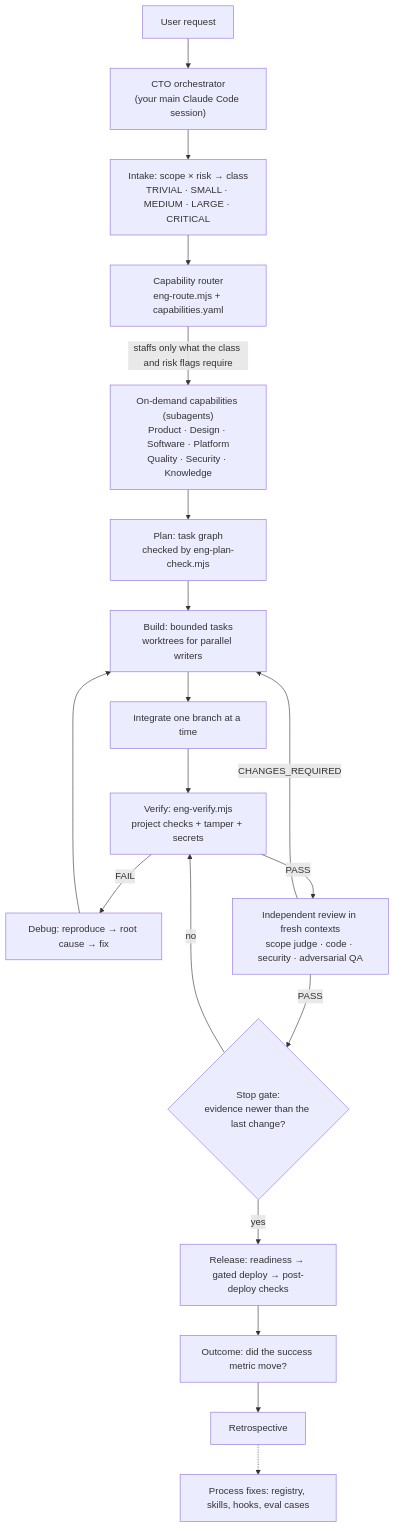
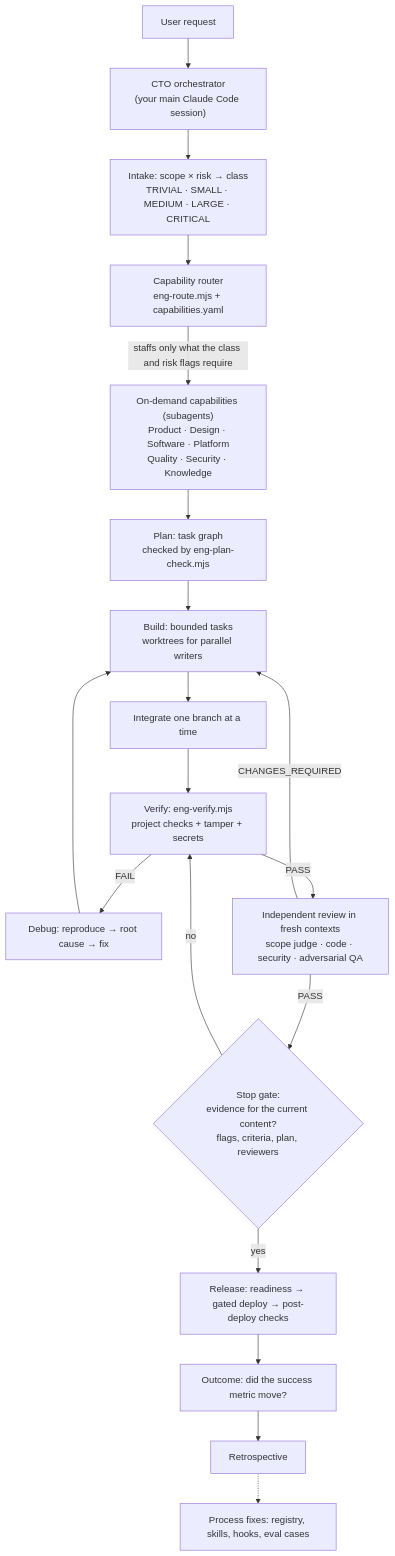
Before and after one commit to shxamill/engineers: the first of 2 diagrams in README.md, drawn with Mermaid. The commit also changed other lines of this file and 55 other files, not shown here.

````diff
--- a/README.md
+++ b/README.md
@@ -82,21 +82,21 @@
 ```mermaid
 flowchart TD
     U["User request"] --> CTO["CTO orchestrator<br/>(your main Claude Code session)"]
     CTO --> CLASSIFY["Intake: scope × risk → class<br/>TRIVIAL · SMALL · MEDIUM · LARGE · CRITICAL"]
     CLASSIFY --> ROUTER["Capability router<br/>eng-route.mjs + capabilities.yaml"]
     ROUTER -->|"staffs only what the class and risk flags require"| CAPS["On-demand capabilities (subagents)<br/>Product · Design · Software · Platform<br/>Quality · Security · Knowledge"]
     CAPS --> PLAN["Plan: task graph<br/>checked by eng-plan-check.mjs"]
     PLAN --> BUILD["Build: bounded tasks<br/>worktrees for parallel writers"]
     BUILD --> INTEGRATE["Integrate one branch at a time"]
     INTEGRATE --> VERIFY["Verify: eng-verify.mjs<br/>project checks + tamper + secrets"]
     VERIFY -->|"FAIL"| DEBUG["Debug: reproduce → root cause → fix"]
     DEBUG --> BUILD
     VERIFY -->|"PASS"| REVIEW["Independent review in fresh contexts<br/>scope judge · code · security · adversarial QA"]
     REVIEW -->|"CHANGES_REQUIRED"| BUILD
-    REVIEW -->|"PASS"| GATE{"Stop gate:<br/>evidence newer than the last change?"}
+    REVIEW -->|"PASS"| GATE{"Stop gate:<br/>evidence for the current content?<br/>flags, criteria, plan, reviewers"}
     GATE -->|"no"| VERIFY
     GATE -->|"yes"| RELEASE["Release: readiness → gated deploy → post-deploy checks"]
     RELEASE --> OUTCOME["Outcome: did the success metric move?"]
     OUTCOME --> RETRO["Retrospective"]
     RETRO -.-> IMPROVE["Process fixes: registry, skills, hooks, eval cases"]
 ```
````
